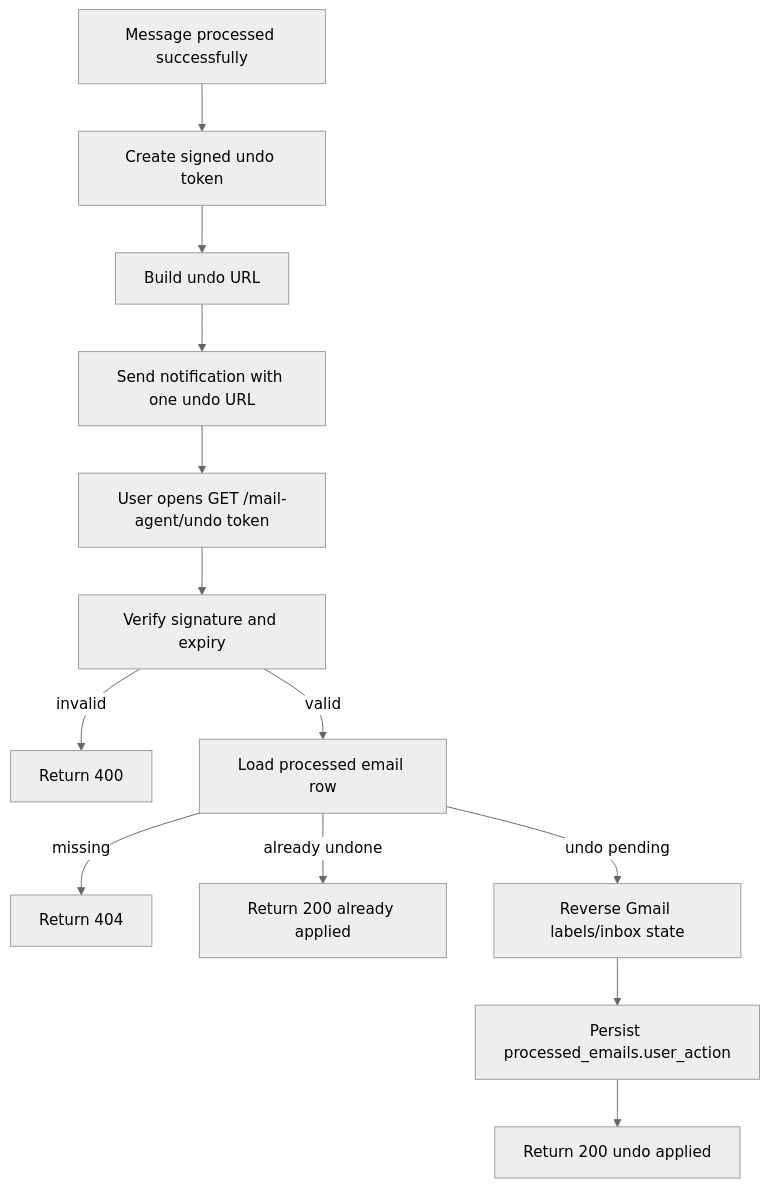
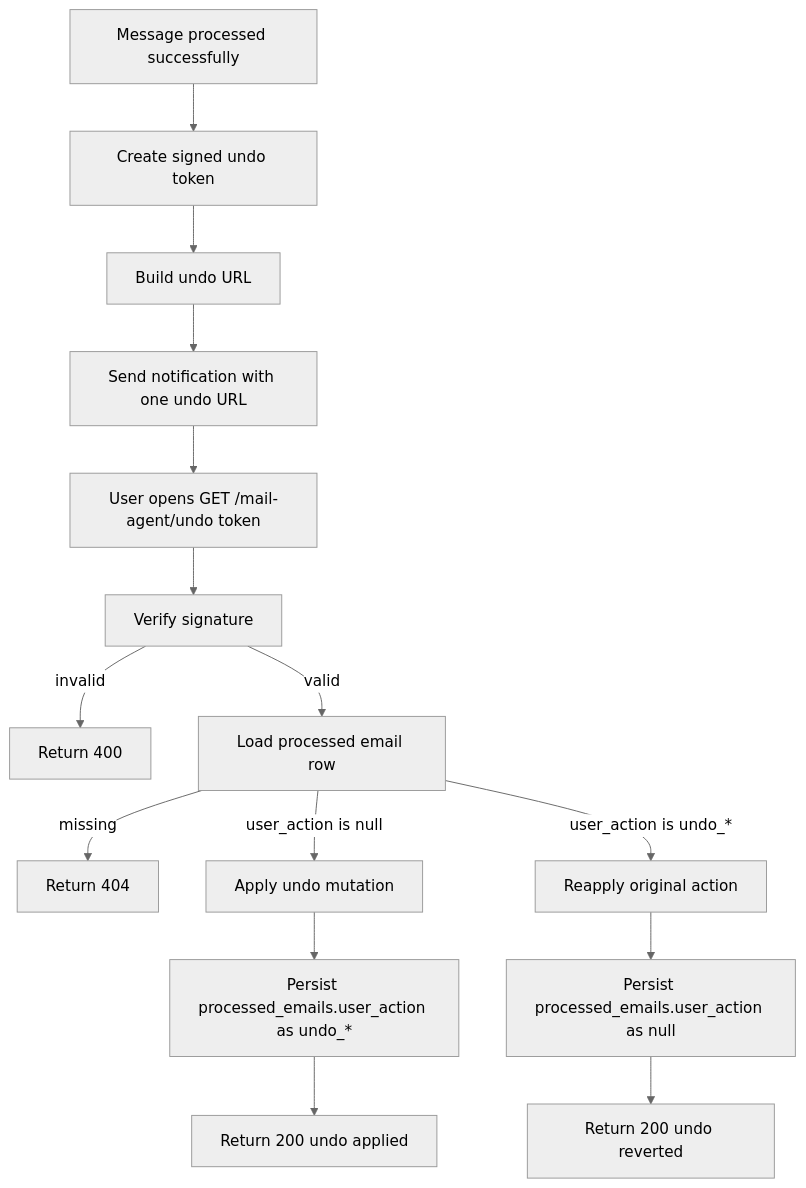
Before and after one commit to hoschi/all-personal-projects: the second of 7 diagrams in apps/mail-agent/README.md, drawn with Mermaid (neutral theme). The commit also changed other lines of this file and 6 other files, not shown here.

````diff
--- a/apps/mail-agent/README.md
+++ b/apps/mail-agent/README.md
@@ -148,15 +150,17 @@
 ```mermaid
 flowchart TD
   A[Message processed successfully] --> B[Create signed undo token]
   B --> C[Build undo URL]
   C --> D[Send notification with one undo URL]
   D --> E[User opens GET /mail-agent/undo token]
-  E --> F[Verify signature and expiry]
+  E --> F[Verify signature]
   F -->|invalid| G[Return 400]
   F -->|valid| H[Load processed email row]
   H -->|missing| I[Return 404]
-  H -->|already undone| J[Return 200 already applied]
-  H -->|undo pending| K[Reverse Gmail labels/inbox state]
-  K --> L[Persist processed_emails.user_action]
-  L --> M[Return 200 undo applied]
+  H -->|user_action is null| J[Apply undo mutation]
+  H -->|user_action is undo_*| K[Reapply original action]
+  J --> L[Persist processed_emails.user_action as undo_*]
+  K --> M[Persist processed_emails.user_action as null]
+  L --> N[Return 200 undo applied]
+  M --> O[Return 200 undo reverted]
 ```
````
